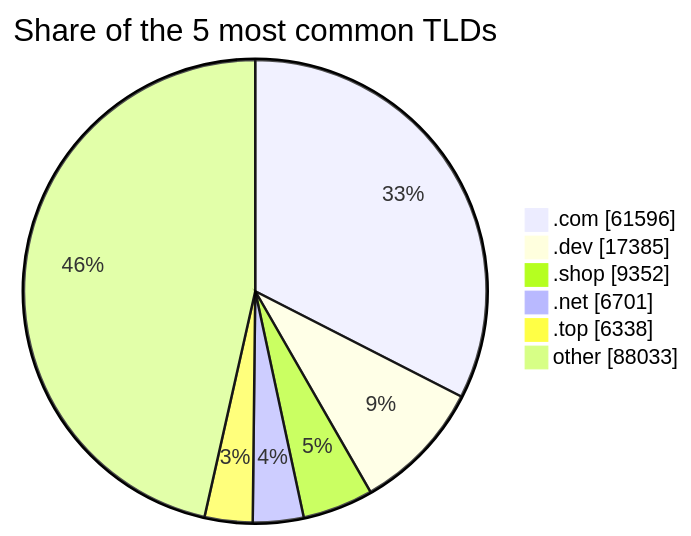
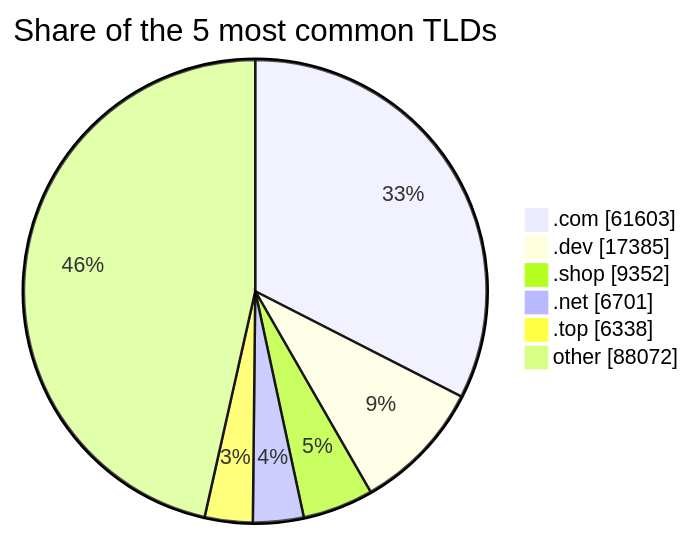
Before and after one commit to DNSBunker/CTI: the third of 3 diagrams in README.md, drawn with Mermaid. The commit also changed other lines of this file and 3 other files, not shown here.

````diff
--- a/README.md
+++ b/README.md
@@ -81,9 +81,9 @@
 ```mermaid
 pie showData title Share of the 5 most common TLDs
-    ".com" : 61596
+    ".com" : 61603
     ".dev" : 17385
     ".shop" : 9352
     ".net" : 6701
     ".top" : 6338
-    "other" : 88033
+    "other" : 88072
 ```
````
